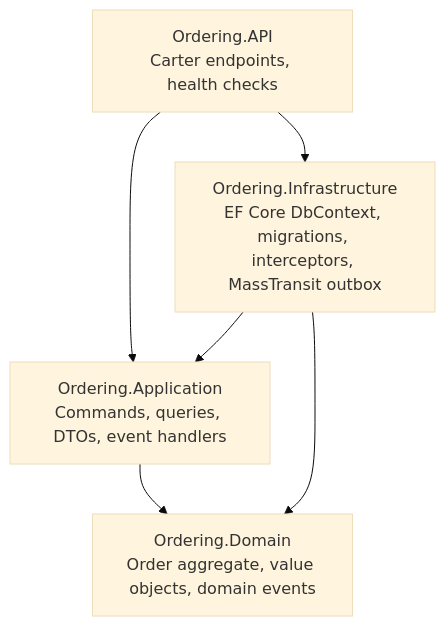
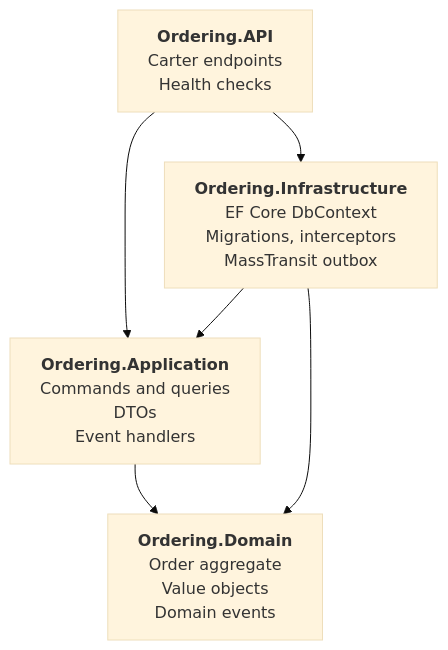
One commit to raselahmedit09/eshop-microservices-architecture changed the fourth of 4 diagrams in README.md. Above: the diagram before and after it, drawn with Mermaid (base theme). The commit also changed other lines of this file, not shown here.

Commit message:
Enhance README.md with improved flowchart formatting for basket caching and ordering architecture

````diff
--- a/README.md
+++ b/README.md
@@ -117,13 +125,13 @@
 ```mermaid
 flowchart TB
-    api[Ordering.API<br/>Carter endpoints, health checks]
-    app[Ordering.Application<br/>Commands, queries, DTOs, event handlers]
-    infra[Ordering.Infrastructure<br/>EF Core DbContext, migrations, interceptors, MassTransit outbox]
-    domain[Ordering.Domain<br/>Order aggregate, value objects, domain events]
+    api["<b>Ordering.API</b><br/>Carter endpoints<br/>Health checks"]
+    app["<b>Ordering.Application</b><br/>Commands and queries<br/>DTOs<br/>Event handlers"]
+    infra["<b>Ordering.Infrastructure</b><br/>EF Core DbContext<br/>Migrations, interceptors<br/>MassTransit outbox"]
+    domain["<b>Ordering.Domain</b><br/>Order aggregate<br/>Value objects<br/>Domain events"]
 
     api --> app
     api --> infra
     infra --> app
     app --> domain
     infra --> domain
 ```
````
